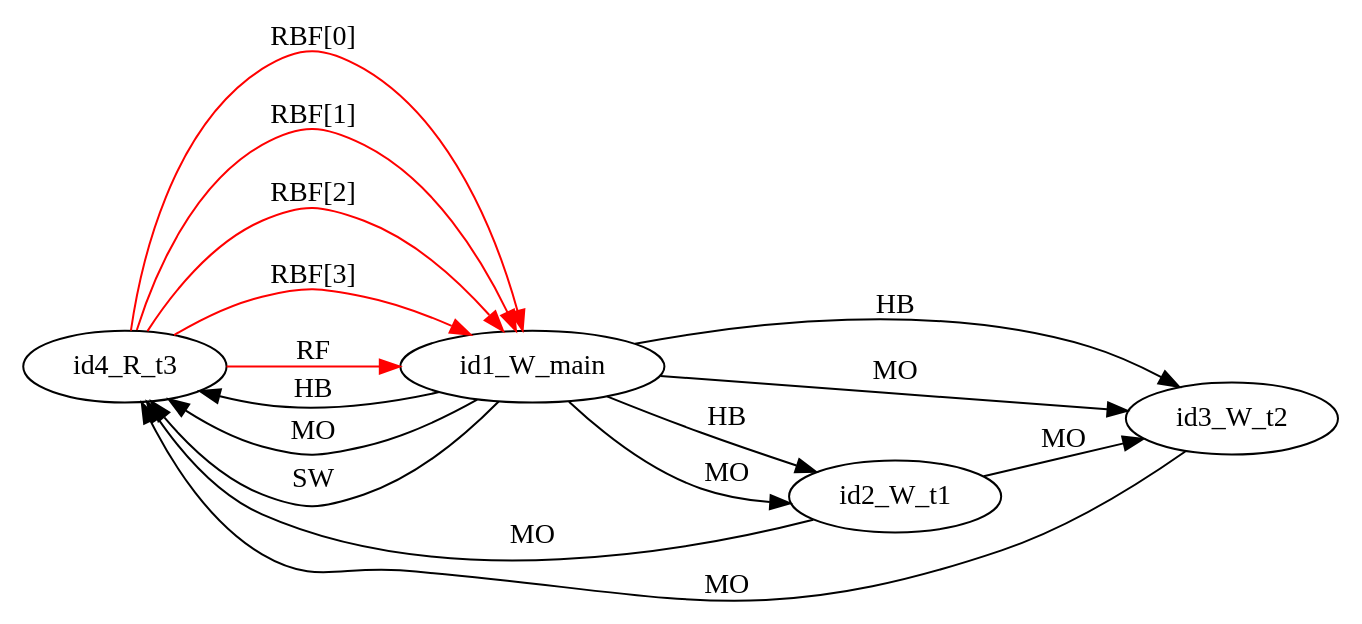
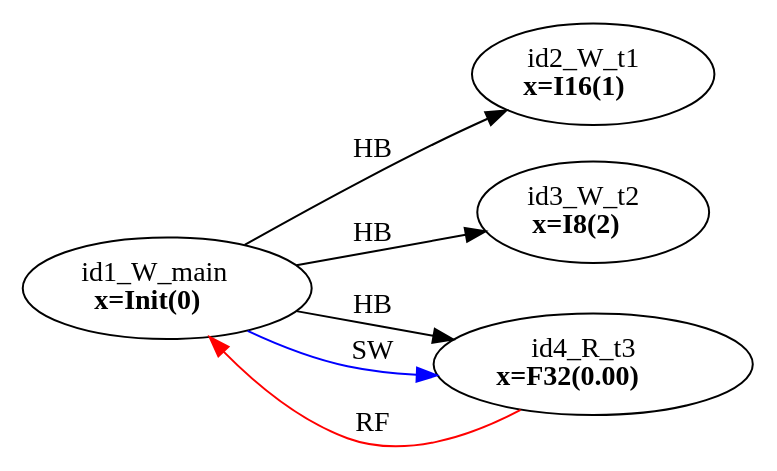
The diagram in examples/single_var/sv_simple08/mm1.dot (FMJS/EMME), drawn with Graphviz before and after one commit. The commit also changed 528 other files, not shown here.

```diff
--- a/examples/single_var/sv_simple08/mm1.dot
+++ b/examples/single_var/sv_simple08/mm1.dot
@@ -1,18 +1,13 @@
 digraph memory_model {
 rankdir=LR;
-id4_R_t3 -> id1_W_main [label = "RBF[0]", color="red"];
-id4_R_t3 -> id1_W_main [label = "RBF[1]", color="red"];
-id4_R_t3 -> id1_W_main [label = "RBF[2]", color="red"];
-id4_R_t3 -> id1_W_main [label = "RBF[3]", color="red"];
-id4_R_t3 -> id1_W_main [label = "RF", color="red"];
+splines=true; esep=0.5;
 id1_W_main -> id2_W_t1 [label = "HB", color="black"];
 id1_W_main -> id3_W_t2 [label = "HB", color="black"];
 id1_W_main -> id4_R_t3 [label = "HB", color="black"];
-id1_W_main -> id2_W_t1 [label = "MO", color="black"];
-id1_W_main -> id3_W_t2 [label = "MO", color="black"];
-id1_W_main -> id4_R_t3 [label = "MO", color="black"];
-id2_W_t1 -> id3_W_t2 [label = "MO", color="black"];
-id2_W_t1 -> id4_R_t3 [label = "MO", color="black"];
-id3_W_t2 -> id4_R_t3 [label = "MO", color="black"];
-id1_W_main -> id4_R_t3 [label = "SW", color="black"];
+id4_R_t3 -> id1_W_main [label = "RF", color="red"];
+id1_W_main -> id4_R_t3 [label = "SW", color="blue"];
+id1_W_main [label=<id1_W_main<br/><B>x=Init(0)</B>>, pos="5.0,2!"]
+id2_W_t1 [label=<id2_W_t1<br/><B>x=I16(1)</B>>, pos="0,0!"]
+id3_W_t2 [label=<id3_W_t2<br/><B>x=I8(2)</B>>, pos="5,0!"]
+id4_R_t3 [label=<id4_R_t3<br/><B>x=F32(0.00)</B>>, pos="10,0!"]
 }
```
